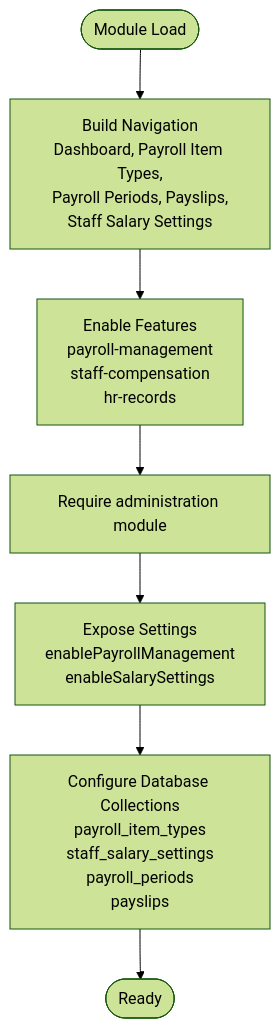
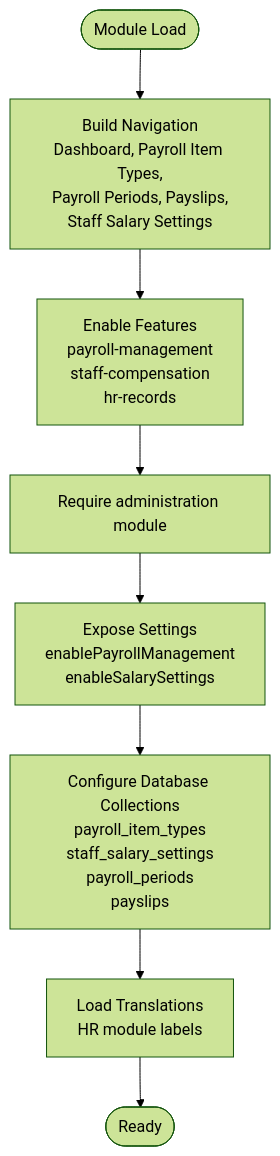
The fifth of 12 diagrams in .qoder/repowiki/en/content/Modules System/HR Module.md (geniusdynamics/schoolpilot), drawn with Mermaid (forest theme) before and after one commit. The commit also changed other lines of this file and 16 other files, not shown here.

````diff
--- a/.qoder/repowiki/en/content/Modules System/HR Module.md
+++ b/.qoder/repowiki/en/content/Modules System/HR Module.md
@@ -188,9 +255,10 @@
 ```mermaid
 flowchart TD
 Start(["Module Load"]) --> Nav["Build Navigation<br/>Dashboard, Payroll Item Types,<br/>Payroll Periods, Payslips,<br/>Staff Salary Settings"]
 Nav --> Features["Enable Features<br/>payroll-management<br/>staff-compensation<br/>hr-records"]
 Features --> Deps["Require administration module"]
 Deps --> Settings["Expose Settings<br/>enablePayrollManagement<br/>enableSalarySettings"]
 Settings --> Collections["Configure Database Collections<br/>payroll_item_types<br/>staff_salary_settings<br/>payroll_periods<br/>payslips"]
-Collections --> End(["Ready"])
+Collections --> I18n["Load Translations<br/>HR module labels"]
+I18n --> End(["Ready"])
 ```
````
